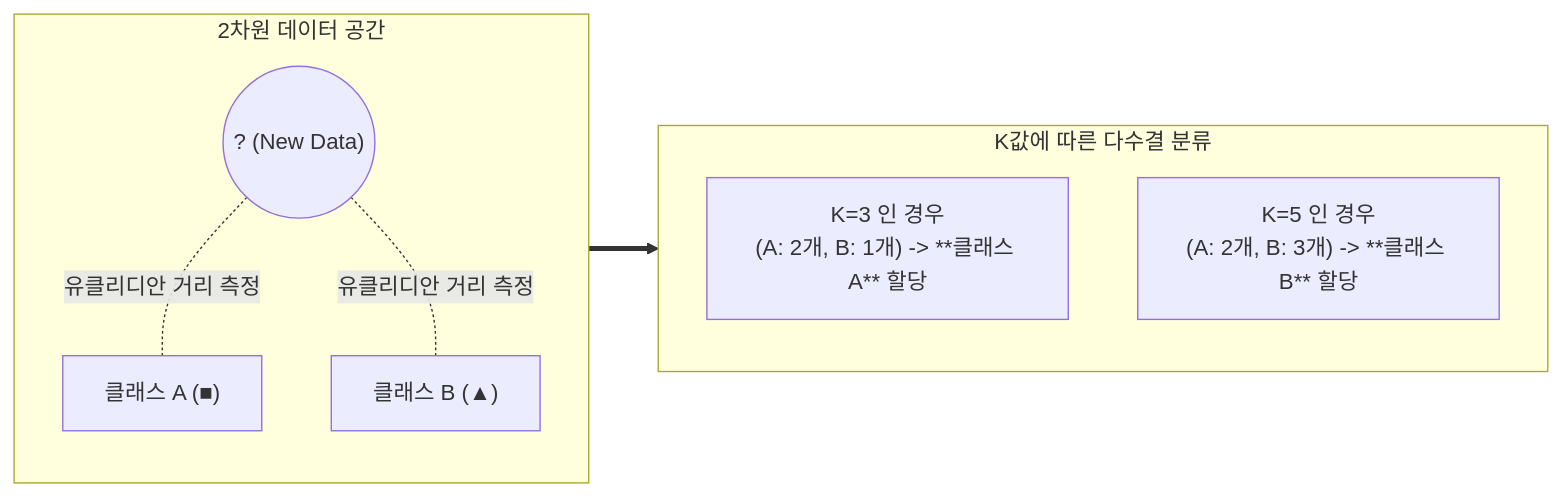
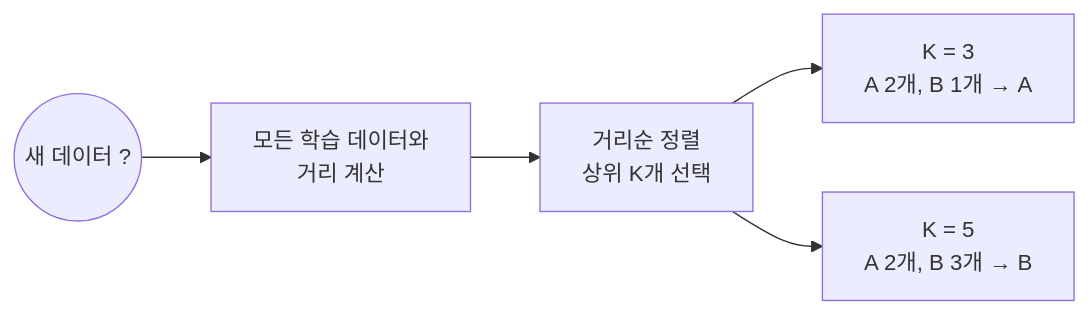
Before and after one commit to supremethumb/supremethumb.github.io: the diagram in content/01_IT Tech/KNN 알고리즘.md, drawn with Mermaid. The commit also changed other lines of this file and 1087 other files, not shown here.

````diff
--- a/content/01_IT Tech/KNN 알고리즘.md
+++ b/content/01_IT Tech/KNN 알고리즘.md
@@ -23,22 +37,7 @@
 ```mermaid
 flowchart LR
-    subgraph Data_Space["2차원 데이터 공간"]
-        direction TB
-        NEW(("? (New Data)"))
-        
-        C1["클래스 A (■)"]
-        C2["클래스 B (▲)"]
-        
-        NEW -. "유클리디안 거리 측정" .- C1
-        NEW -. "유클리디안 거리 측정" .- C2
-    end
-    
-    subgraph K_Decision["K값에 따른 다수결 분류"]
-        direction TB
-        K3["K=3 인 경우<br/>(A: 2개, B: 1개) -> **클래스 A** 할당"]
-        K5["K=5 인 경우<br/>(A: 2개, B: 3개) -> **클래스 B** 할당"]
-    end
-    
-    Data_Space ==> K_Decision
-
+    Q(("새 데이터 ?")) --> D["모든 학습 데이터와<br/>거리 계산"]
+    D --> S["거리순 정렬<br/>상위 K개 선택"]
+    S --> K3["K = 3<br/>A 2개, B 1개 → A"]
+    S --> K5["K = 5<br/>A 2개, B 3개 → B"]
 ```
````
